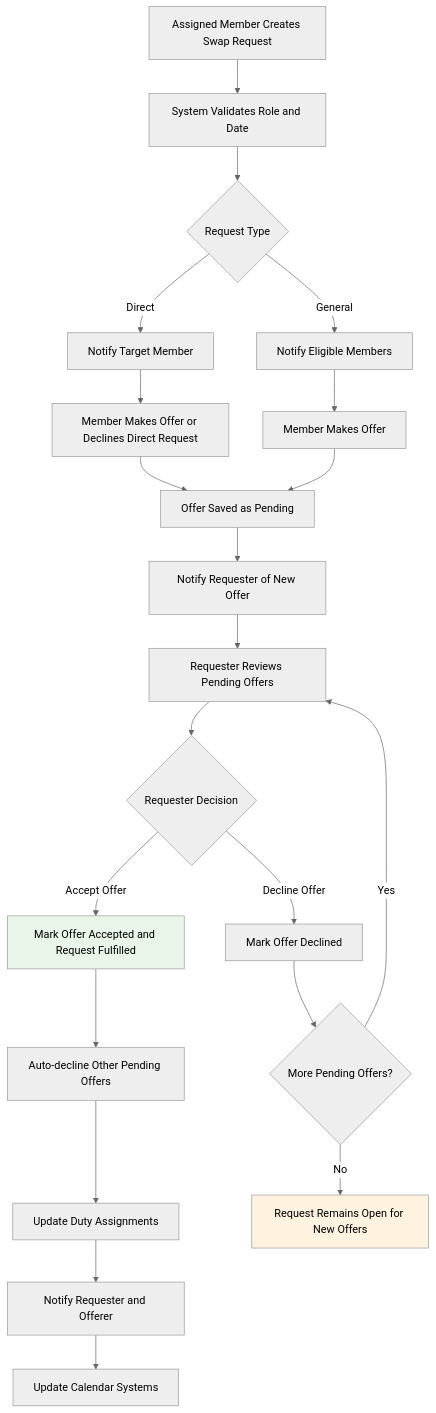
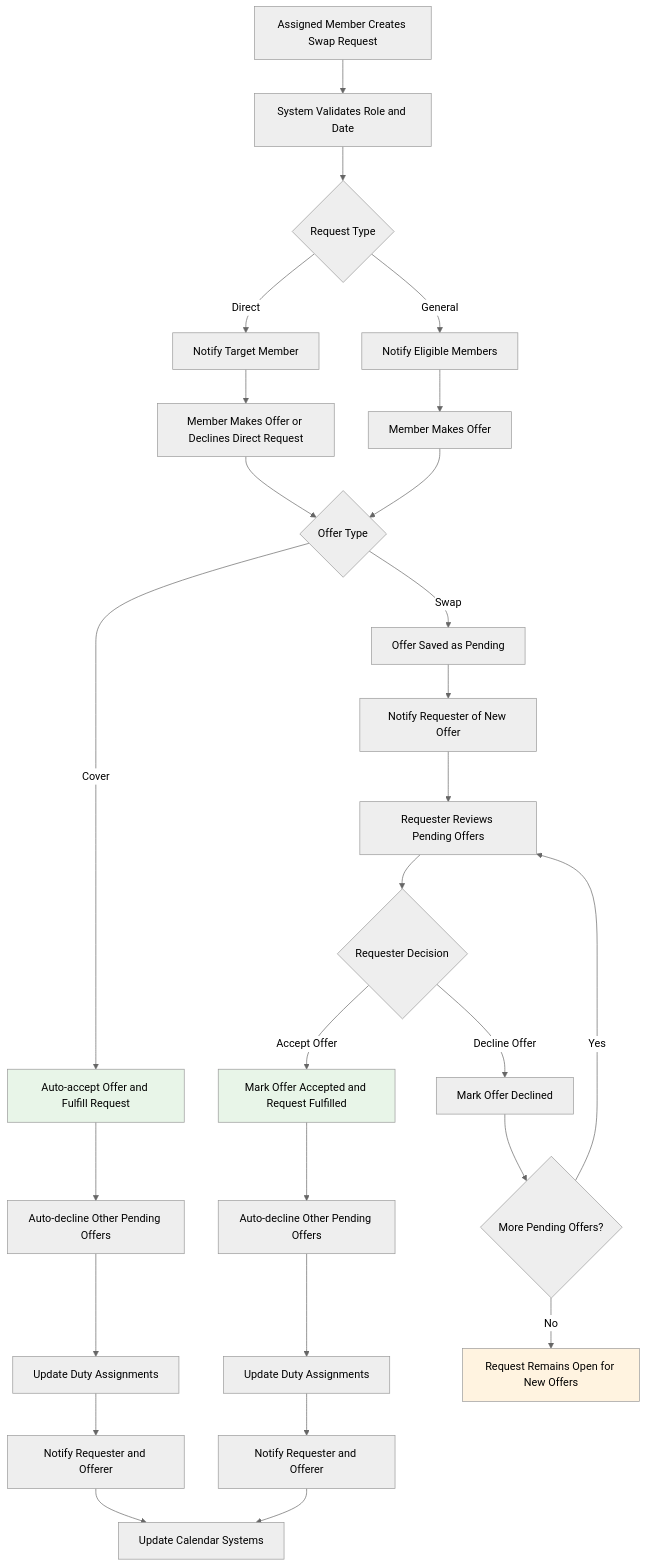
The tenth of 11 diagrams in docs/workflows/05-duty-roster-workflow.md (pietbarber/Manage2Soar), drawn with Mermaid (neutral theme) before and after one commit. The commit also changed 4 other files, not shown here.

Commit message:
Implement duty swap cover auto-accept workflow (Issue #810)

````diff
--- a/docs/workflows/05-duty-roster-workflow.md
+++ b/docs/workflows/05-duty-roster-workflow.md
@@ -346,33 +346,42 @@
 ```mermaid
 flowchart TD
     A[Assigned Member Creates Swap Request] --> B[System Validates Role and Date]
     B --> C{Request Type}
 
     C -->|Direct| D[Notify Target Member]
     C -->|General| E[Notify Eligible Members]
 
     D --> F[Member Makes Offer or Declines Direct Request]
     E --> G[Member Makes Offer]
 
-    F --> H[Offer Saved as Pending]
+    F --> H{Offer Type}
     G --> H
 
-    H --> I[Notify Requester of New Offer]
-    I --> J[Requester Reviews Pending Offers]
-    J --> K{Requester Decision}
+    H -->|Cover| I[Auto-accept Offer and Fulfill Request]
+    H -->|Swap| J[Offer Saved as Pending]
 
-    K -->|Accept Offer| L[Mark Offer Accepted and Request Fulfilled]
-    K -->|Decline Offer| M[Mark Offer Declined]
+    I --> K[Auto-decline Other Pending Offers]
+    K --> L[Update Duty Assignments]
+    L --> M[Notify Requester and Offerer]
+    M --> N[Update Calendar Systems]
 
-    L --> N[Auto-decline Other Pending Offers]
-    N --> O[Update Duty Assignments]
-    O --> P[Notify Requester and Offerer]
-    P --> Q[Update Calendar Systems]
+    J --> O[Notify Requester of New Offer]
+    O --> P[Requester Reviews Pending Offers]
+    P --> Q{Requester Decision}
 
-    M --> R{More Pending Offers?}
-    R -->|Yes| J
-    R -->|No| S[Request Remains Open for New Offers]
+    Q -->|Accept Offer| R[Mark Offer Accepted and Request Fulfilled]
+    Q -->|Decline Offer| S[Mark Offer Declined]
 
-    style L fill:#e8f5e8
-    style S fill:#fff3e0
+    R --> T[Auto-decline Other Pending Offers]
+    T --> U[Update Duty Assignments]
+    U --> V[Notify Requester and Offerer]
+    V --> N
+
+    S --> W{More Pending Offers?}
+    W -->|Yes| P
+    W -->|No| X[Request Remains Open for New Offers]
+
+    style I fill:#e8f5e8
+    style R fill:#e8f5e8
+    style X fill:#fff3e0
 ```
````
